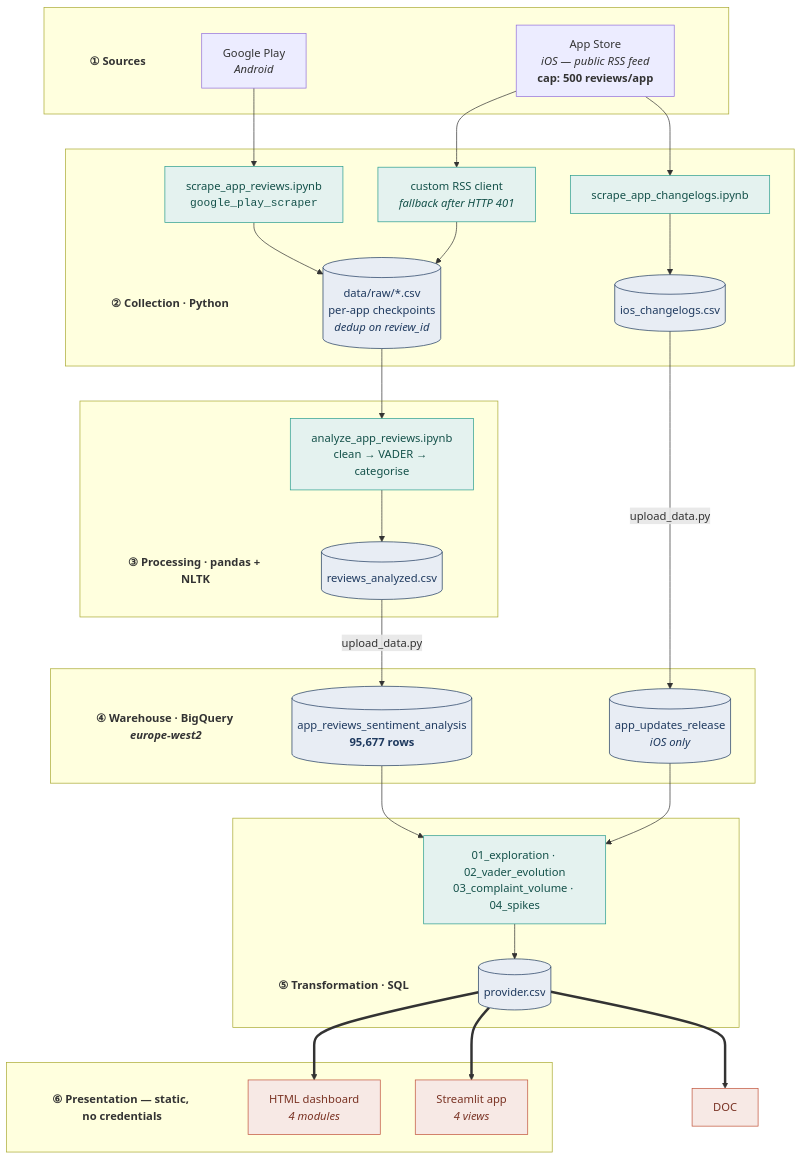
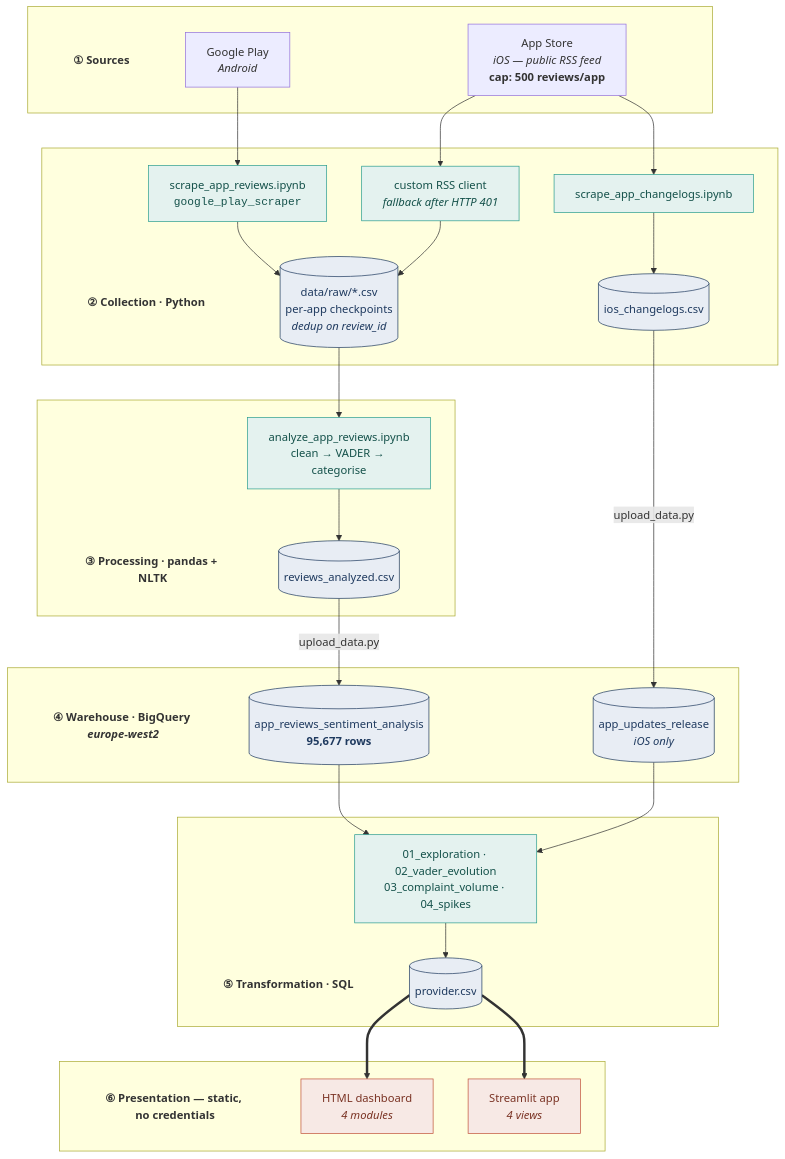
Before and after one commit to tomasb1805/banking-apps-sentiment-scoring: the first of 2 diagrams in README.md, drawn with Mermaid.

````diff
--- a/README.md
+++ b/README.md
@@ -104,67 +104,66 @@
 ```mermaid
 flowchart TB
     subgraph SRC[" "]
         SRCT["① Sources"]
         GP["Google Play<br/><i>Android</i>"]
         AS["App Store<br/><i>iOS — public RSS feed</i><br/><b>cap: 500 reviews/app</b>"]
     end
 
     subgraph COL[" "]
         COLT["② Collection · Python"]
         SC1["scrape_app_reviews.ipynb<br/><code>google_play_scraper</code>"]
         SC2["custom RSS client<br/><i>fallback after HTTP 401</i>"]
         SC3["scrape_app_changelogs.ipynb"]
         CKPT[("data/raw/*.csv<br/>per-app checkpoints<br/><i>dedup on review_id</i>")]
         VERS[("ios_changelogs.csv")]
     end
 
     subgraph PROC[" "]
         PROCT["③ Processing · pandas + NLTK"]
         CLEAN["analyze_app_reviews.ipynb<br/>clean → VADER → categorise"]
         OUT[("reviews_analyzed.csv")]
     end
 
     subgraph BQ[" "]
         BQT["④ Warehouse · BigQuery <i>europe-west2</i>"]
         FACT[("app_reviews_sentiment_analysis<br/><b>95,677 rows</b>")]
         REL[("app_updates_release<br/><i>iOS only</i>")]
     end
 
     subgraph SQL[" "]
         SQLT["⑤ Transformation · SQL"]
         Q["01_exploration · 02_vader_evolution<br/>03_complaint_volume · 04_spikes"]
         EXP[("provider.csv")]
     end
 
     subgraph PRES[" "]
         PREST["⑥ Presentation — static, no credentials"]
         HTML["HTML dashboard<br/><i>4 modules</i>"]
         ST["Streamlit app<br/><i>4 views</i>"]
     end
 
     GP --> SC1 --> CKPT
     AS --> SC2 --> CKPT
     AS --> SC3 --> VERS
 
     CKPT --> CLEAN --> OUT
     OUT -->|upload_data.py| FACT
     VERS -->|upload_data.py| REL
 
     FACT --> Q
     REL --> Q
     Q --> EXP
 
     EXP ==> HTML
     EXP ==> ST
-    EXP ==> DOC
 
     classDef hdr fill:none,stroke:none,font-weight:bold
     class SRCT,COLT,PROCT,BQT,SQLT,PREST hdr
     classDef store fill:#E8EDF4,stroke:#1F3A5F,stroke-width:1px,color:#1F3A5F
     classDef proc fill:#E4F2EF,stroke:#2A9D8F,stroke-width:1px,color:#14514A
     classDef pres fill:#F7E9E5,stroke:#C0533A,stroke-width:1px,color:#7A3324
     class CKPT,VERS,OUT,FACT,REL,EXP store
     class SC1,SC2,SC3,CLEAN,Q proc
-    class HTML,ST,DOC pres
+    class HTML,ST, pres
 
 ```
````
